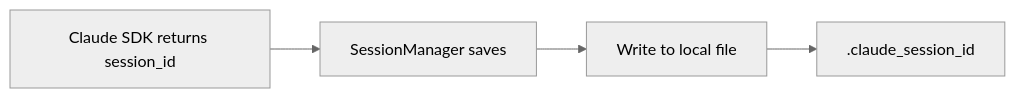
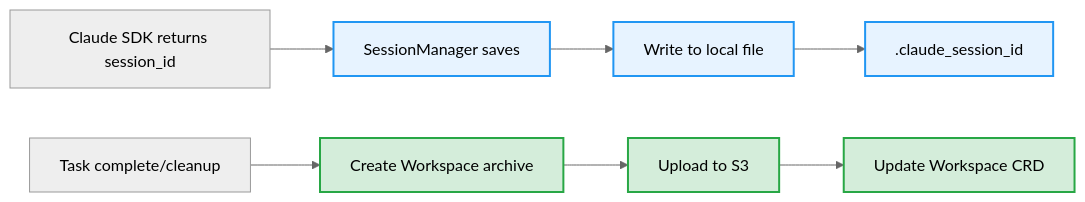
The eighth of 9 diagrams in docs/en/features/task-restore.md (wecode-ai/Wegent), drawn with Mermaid (neutral theme) before and after one commit. The commit also changed other lines of this file and 1 other file, not shown here.

First line of the commit message:
docs: update task restore documentation with visual markers

````diff
--- a/docs/en/features/task-restore.md
+++ b/docs/en/features/task-restore.md
@@ -221,6 +403,13 @@
 ```mermaid
 flowchart LR
-    A[Claude SDK returns session_id] --> B[SessionManager saves]
-    B --> C[Write to local file]
-    C --> D[.claude_session_id]
+    A[Claude SDK returns session_id] --> B[SessionManager saves]:::existing
+    B --> C[Write to local file]:::existing
+    C --> D[.claude_session_id]:::existing
+
+    E[Task complete/cleanup] --> F[Create Workspace archive]:::new
+    F --> G[Upload to S3]:::new
+    G --> H[Update Workspace CRD]:::new
+
+    classDef existing fill:#e7f3ff,stroke:#2196f3,stroke-width:2px
+    classDef new fill:#d4edda,stroke:#28a745,stroke-width:2px
 ```
````
